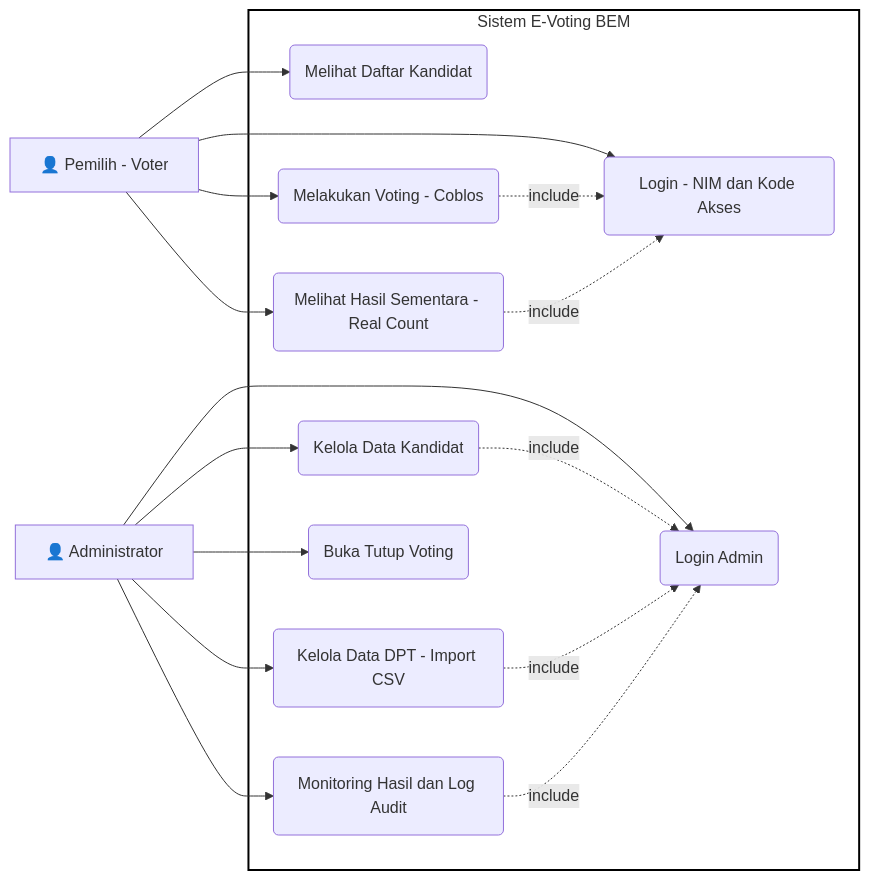
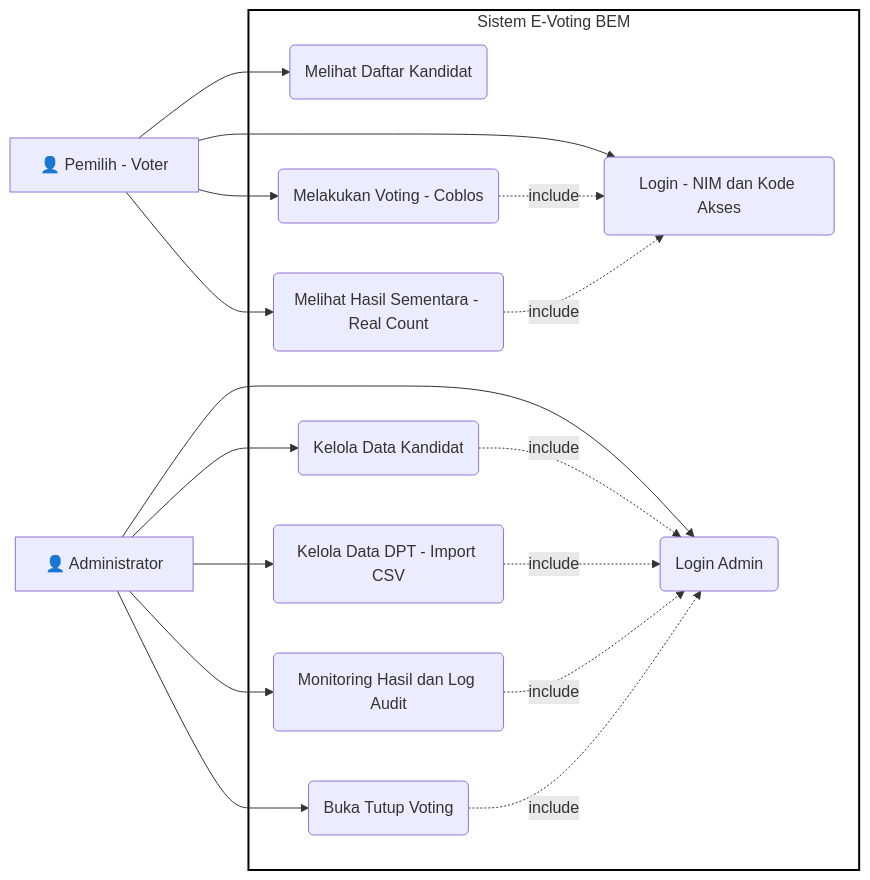
The first of 5 diagrams in UML_DIAGRAMS.md (E1eng/pemira-unbara), drawn with Mermaid before and after one commit.

````diff
--- a/UML_DIAGRAMS.md
+++ b/UML_DIAGRAMS.md
@@ -10,36 +10,37 @@
 ```mermaid
 graph LR
     subgraph System [Sistem E-Voting BEM]
         UC1(Login - NIM dan Kode Akses)
         UC2(Melihat Daftar Kandidat)
         UC3(Melakukan Voting - Coblos)
         UC4(Melihat Hasil Sementara - Real Count)
         UC5(Login Admin)
         UC6(Kelola Data Kandidat)
         UC7(Kelola Data DPT - Import CSV)
         UC8(Monitoring Hasil dan Log Audit)
         UC9(Buka Tutup Voting)
     end
     style System fill:none,stroke:black,stroke-width:2px
 
     Voter[👤 Pemilih - Voter]
     Admin[👤 Administrator]
 
     Voter --> UC1
     Voter --> UC2
     Voter --> UC3
     Voter --> UC4
     
     Admin --> UC5
     Admin --> UC6
     Admin --> UC7
     Admin --> UC8
     Admin --> UC9
     
     %% Includes (Dependencies)
     UC3 -.->|include| UC1
     UC4 -.->|include| UC1
     UC6 -.->|include| UC5
     UC7 -.->|include| UC5
     UC8 -.->|include| UC5
+    UC9 -.->|include| UC5
 ```
````
